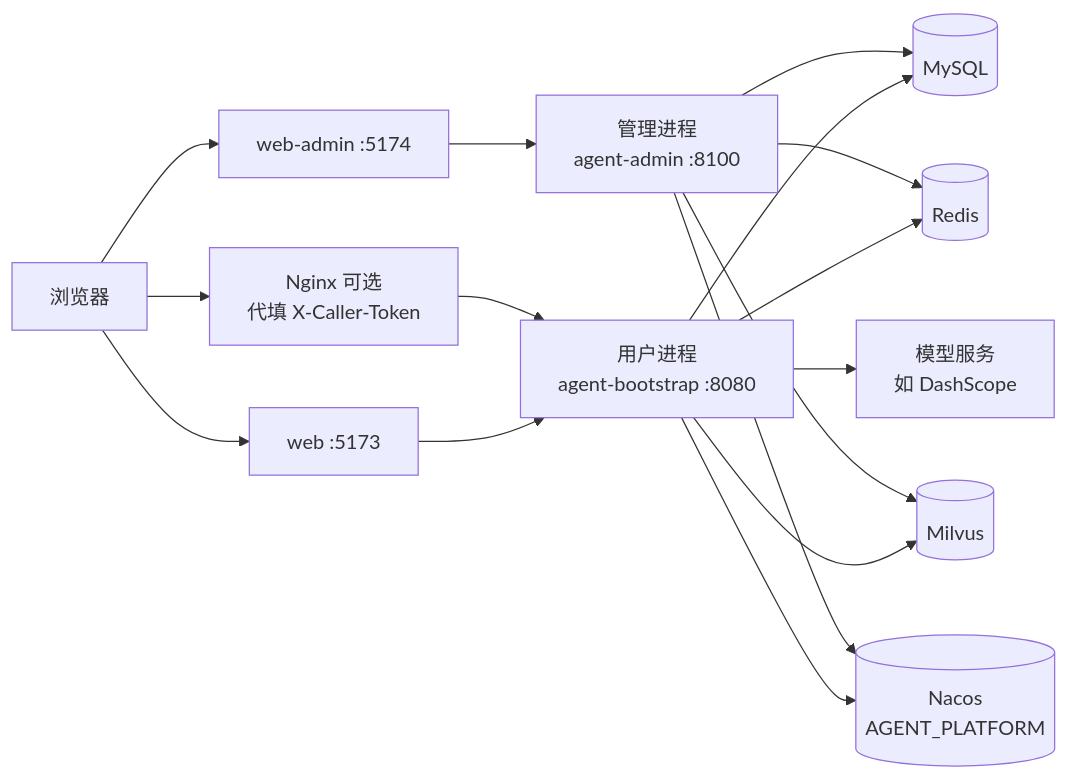
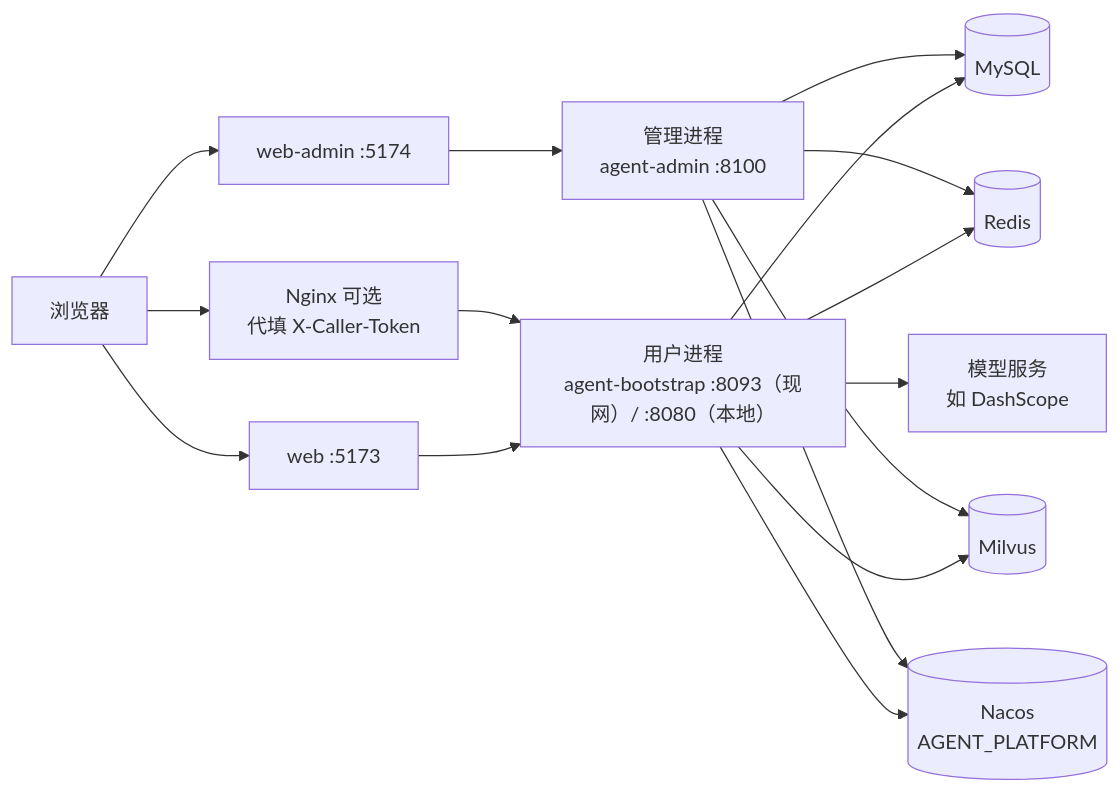
The first of 3 diagrams in docs/diagrams/architecture.md (logosssss/dream-agentscope), drawn with Mermaid before and after one commit. The commit also changed other lines of this file and 21 other files, not shown here.

````diff
--- a/docs/diagrams/architecture.md
+++ b/docs/diagrams/architecture.md
@@ -11,30 +11,30 @@
 ```mermaid
 flowchart LR
   Browser["浏览器"]
   Web["web :5173"]
   WebAdmin["web-admin :5174"]
   Nginx["Nginx 可选\n代填 X-Caller-Token"]
-  User["用户进程\nagent-bootstrap :8080"]
+  User["用户进程\nagent-bootstrap :8093（现网）/ :8080（本地）"]
   Admin["管理进程\nagent-admin :8100"]
   MySQL[(MySQL)]
   Redis[(Redis)]
   Milvus[(Milvus)]
   Nacos[(Nacos\nAGENT_PLATFORM)]
   Model["模型服务\n如 DashScope"]
 
   Browser --> Web
   Browser --> WebAdmin
   Browser --> Nginx
   Web --> User
   WebAdmin --> Admin
   Nginx --> User
   User --> MySQL
   User --> Redis
   User --> Milvus
   User --> Nacos
   User --> Model
   Admin --> MySQL
   Admin --> Redis
   Admin --> Milvus
   Admin --> Nacos
 ```
````
